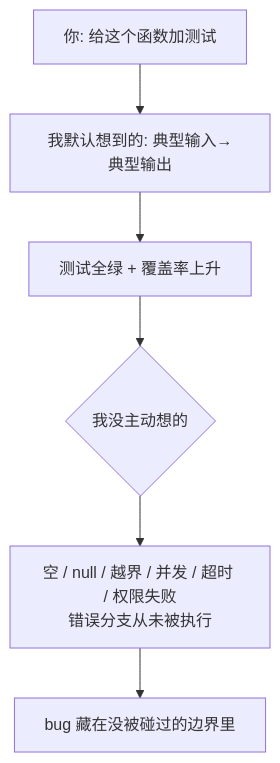
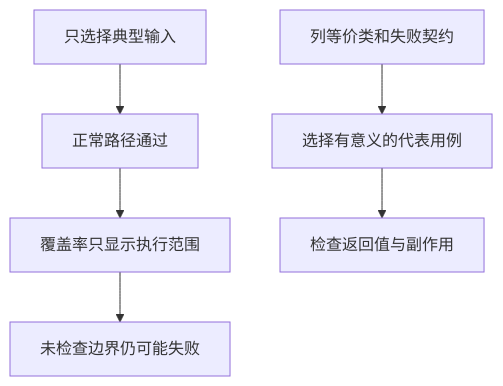
The diagram in docs/06-testing/happy-path-only.mdx (XuebinMa/AIWiki), drawn with Mermaid before and after one commit. The commit also changed other lines of this file and 325 other files, not shown here.

````diff
--- a/docs/06-testing/happy-path-only.mdx
+++ b/docs/06-testing/happy-path-only.mdx
@@ -37,8 +37,8 @@
 ```mermaid
 flowchart TD
-    A[你: 给这个函数加测试] --> B[我默认想到的: 典型输入→典型输出]
-    B --> C[测试全绿 + 覆盖率上升]
-    C --> D{我没主动想的}
-    D --> E["空 / null / 越界 / 并发 / 超时 / 权限失败<br/>错误分支从未被执行"]
-    E --> F[bug 藏在没被碰过的边界里]
+    A[只选择典型输入] --> B[正常路径通过]
+    B --> C[覆盖率只显示执行范围]
+    C --> D[未检查边界仍可能失败]
+    E[列等价类和失败契约] --> F[选择有意义的代表用例]
+    F --> G[检查返回值与副作用]
 ```
````
